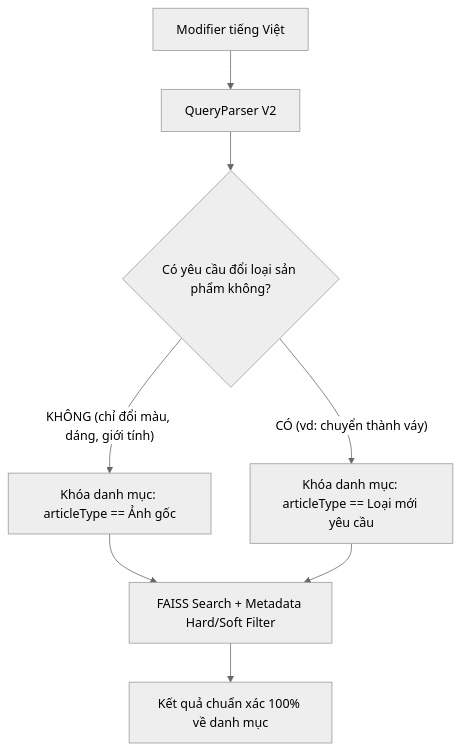
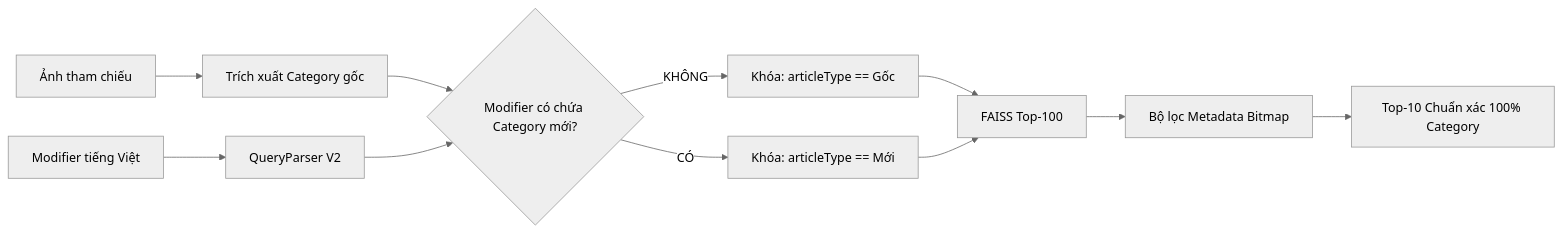
Before and after one commit to ITOnyx/btl_deep: the diagram in reports/DE_XUAT_TOI_UU_CIR.md, drawn with Mermaid (neutral theme). The commit also changed other lines of this file, not shown here.

Commit message:
docs: expand comprehensive CIR diagnostics, empirical evidence, and optimization roadmap

````diff
--- a/reports/DE_XUAT_TOI_UU_CIR.md
+++ b/reports/DE_XUAT_TOI_UU_CIR.md
@@ -55,10 +223,13 @@
 ```mermaid
-flowchart TD
+flowchart LR
+    Img[Ảnh tham chiếu] --> Extractor[Trích xuất Category gốc]
     Mod[Modifier tiếng Việt] --> Parser[QueryParser V2]
-    Parser --> Check{Có yêu cầu đổi loại sản phẩm không?}
-    Check -- "KHÔNG (chỉ đổi màu, dáng, giới tính)" --> LockOld["Khóa danh mục: articleType == Ảnh gốc"]
-    Check -- "CÓ (vd: chuyển thành váy)" --> LockNew["Khóa danh mục: articleType == Loại mới yêu cầu"]
-    LockOld --> Filter[FAISS Search + Metadata Hard/Soft Filter]
-    LockNew --> Filter
-    Filter --> Results[Kết quả chuẩn xác 100% về danh mục]
+    Extractor --> Intent{Modifier có chứa Category mới?}
+    Parser --> Intent
+    Intent -- KHÔNG --> LockOld[Khóa: articleType == Gốc]
+    Intent -- CÓ --> LockNew[Khóa: articleType == Mới]
+    LockOld --> FAISS[FAISS Top-100]
+    LockNew --> FAISS
+    FAISS --> Filter[Bộ lọc Metadata Bitmap]
+    Filter --> Final[Top-10 Chuẩn xác 100% Category]
 ```
````
